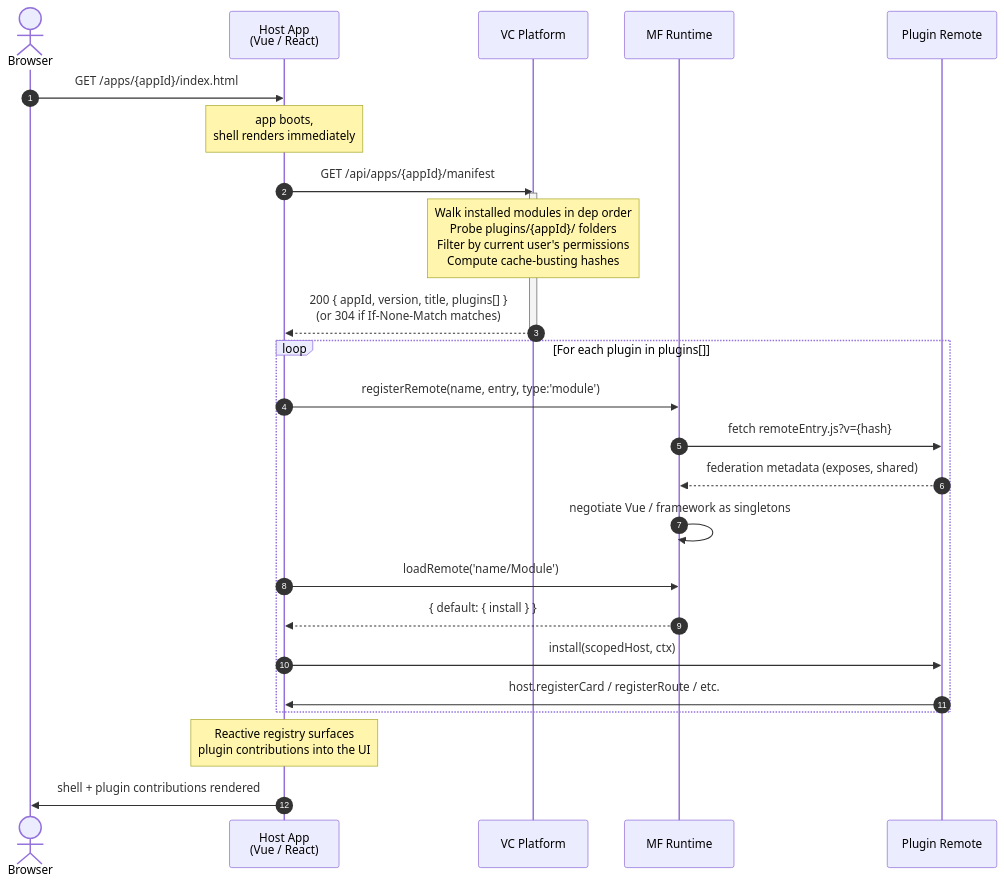
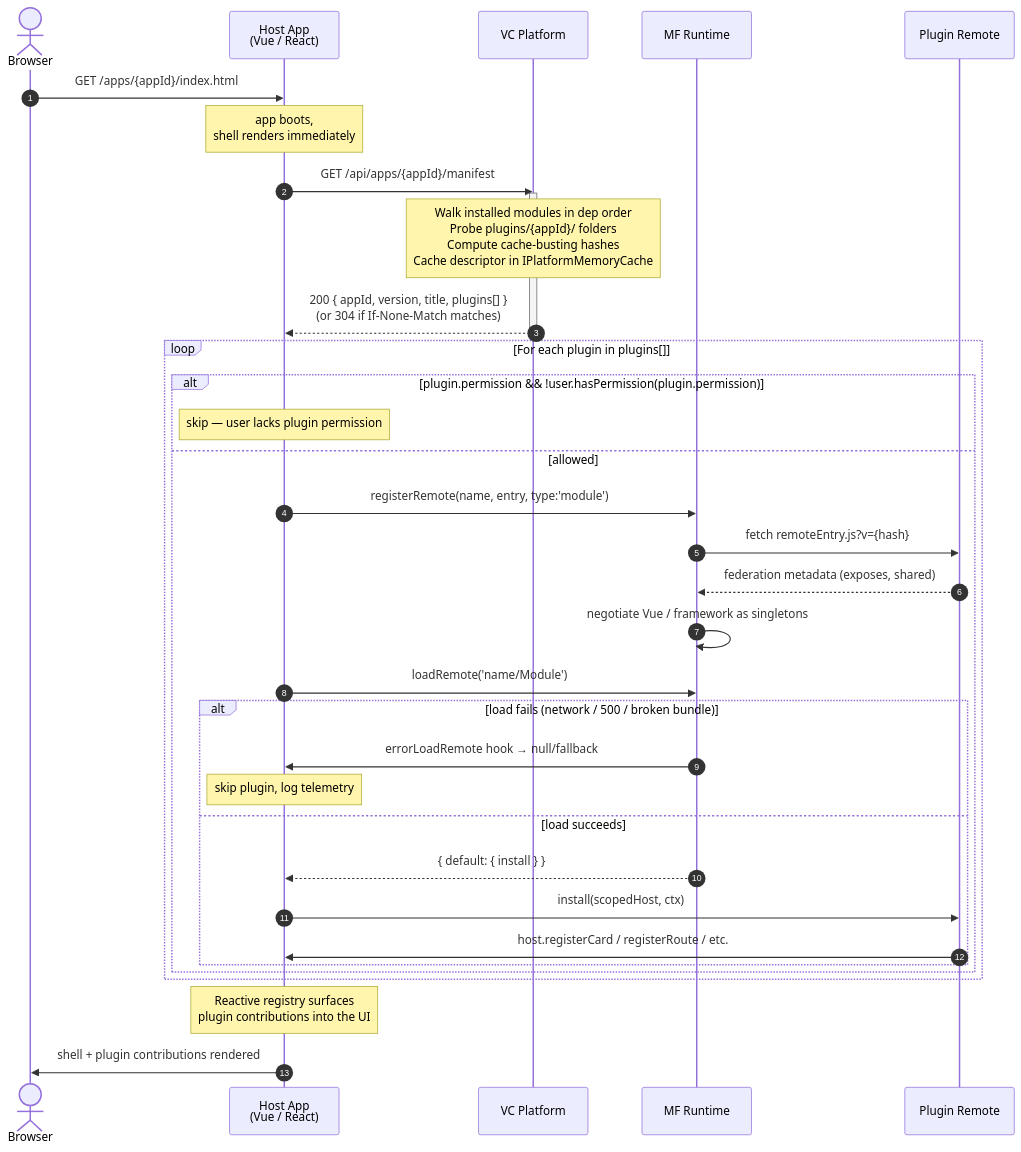
The first of 2 diagrams in docs/developer-guide/backoffice-modularity.md (VirtoCommerce/vc-platform), drawn with Mermaid before and after one commit. The commit also changed other lines of this file, not shown here.

````diff
--- a/docs/developer-guide/backoffice-modularity.md
+++ b/docs/developer-guide/backoffice-modularity.md
@@ -228,32 +428,41 @@
 ```mermaid
 sequenceDiagram
     autonumber
     actor User as Browser
     participant Host as Host App<br/>(Vue / React)
     participant Platform as VC Platform
     participant MF as MF Runtime
     participant Plugin as Plugin Remote
 
     User->>Host: GET /apps/{appId}/index.html
     Note over Host: app boots,<br/>shell renders immediately
 
     Host->>Platform: GET /api/apps/{appId}/manifest
     activate Platform
-    Note over Platform: Walk installed modules in dep order<br/>Probe plugins/{appId}/ folders<br/>Filter by current user's permissions<br/>Compute cache-busting hashes
+    Note over Platform: Walk installed modules in dep order<br/>Probe plugins/{appId}/ folders<br/>Compute cache-busting hashes<br/>Cache descriptor in IPlatformMemoryCache
     Platform-->>Host: 200 { appId, version, title, plugins[] }<br/>(or 304 if If-None-Match matches)
     deactivate Platform
 
     loop For each plugin in plugins[]
-        Host->>MF: registerRemote(name, entry, type:'module')
-        MF->>Plugin: fetch remoteEntry.js?v={hash}
-        Plugin-->>MF: federation metadata (exposes, shared)
-        MF->>MF: negotiate Vue / framework as singletons
-        Host->>MF: loadRemote('name/Module')
-        MF-->>Host: { default: { install } }
-        Host->>Plugin: install(scopedHost, ctx)
-        Plugin->>Host: host.registerCard / registerRoute / etc.
+        alt plugin.permission && !user.hasPermission(plugin.permission)
+            Note over Host: skip — user lacks plugin permission
+        else allowed
+            Host->>MF: registerRemote(name, entry, type:'module')
+            MF->>Plugin: fetch remoteEntry.js?v={hash}
+            Plugin-->>MF: federation metadata (exposes, shared)
+            MF->>MF: negotiate Vue / framework as singletons
+            Host->>MF: loadRemote('name/Module')
+            alt load fails (network / 500 / broken bundle)
+                MF->>Host: errorLoadRemote hook → null/fallback
+                Note over Host: skip plugin, log telemetry
+            else load succeeds
+                MF-->>Host: { default: { install } }
+                Host->>Plugin: install(scopedHost, ctx)
+                Plugin->>Host: host.registerCard / registerRoute / etc.
+            end
+        end
     end
 
     Note over Host: Reactive registry surfaces<br/>plugin contributions into the UI
     Host->>User: shell + plugin contributions rendered
 ```
````
